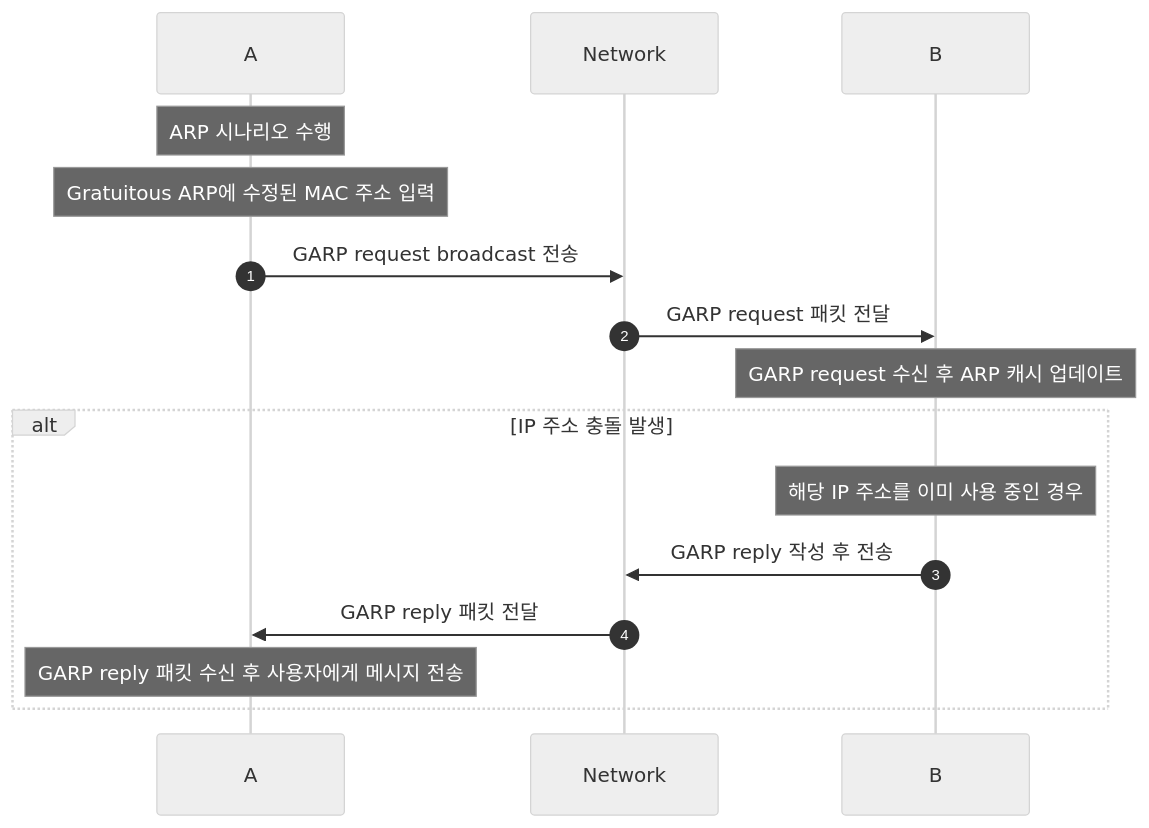
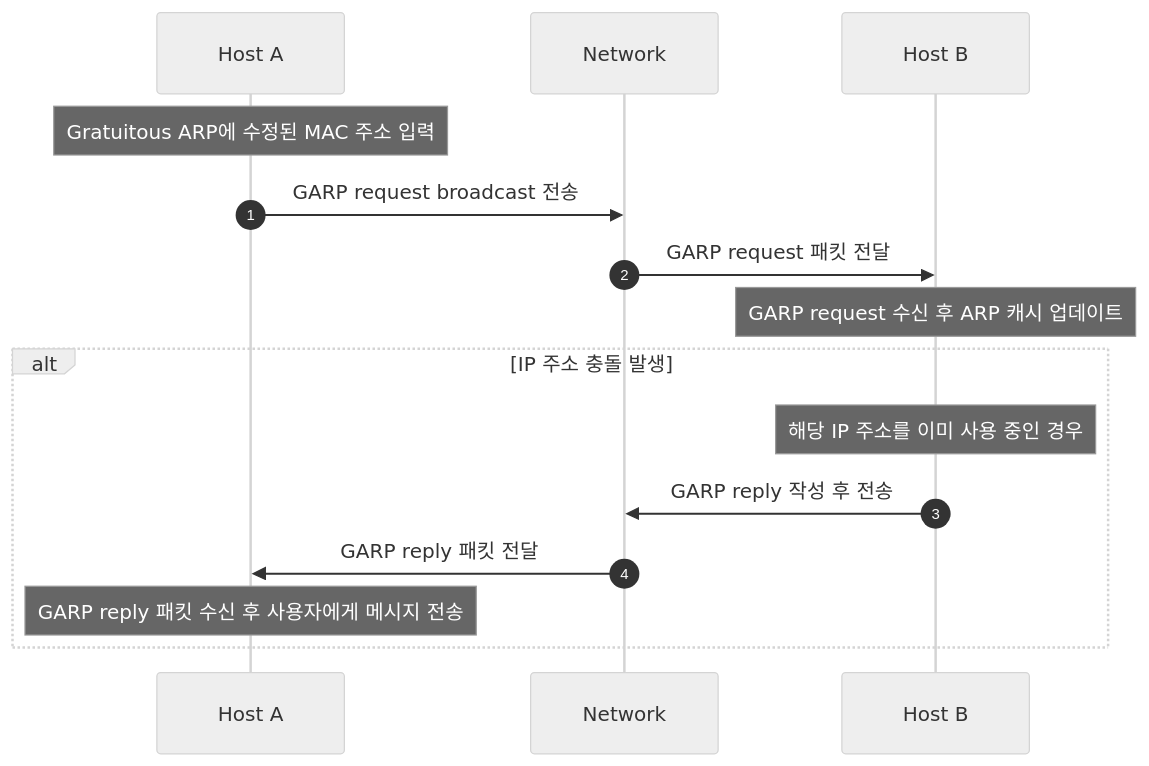
Before and after one commit to troymerai/2023CN_ARPWithMFC: the diagram in GARP_final/README.md, drawn with Mermaid (neutral theme). The commit also changed other lines of this file, not shown here.

````diff
--- a/GARP_final/README.md
+++ b/GARP_final/README.md
@@ -12,19 +14,18 @@
 ```mermaid
 sequenceDiagram
 		autonumber
-    participant HostA as A
+    participant HostA as Host A
     participant Network as Network
-    participant HostB as B
+    participant HostB as Host B
 
-    Note over HostA: ARP 시나리오 수행
     Note over HostA: Gratuitous ARP에 수정된 MAC 주소 입력
     HostA->>Network: GARP request broadcast 전송
     Network->>HostB: GARP request 패킷 전달
     Note over HostB: GARP request 수신 후 ARP 캐시 업데이트
     alt IP 주소 충돌 발생
         Note over HostB: 해당 IP 주소를 이미 사용 중인 경우
         HostB->>Network: GARP reply 작성 후 전송
         Network->>HostA: GARP reply 패킷 전달
         Note over HostA: GARP reply 패킷 수신 후 사용자에게 메시지 전송
     end
 ```
````
